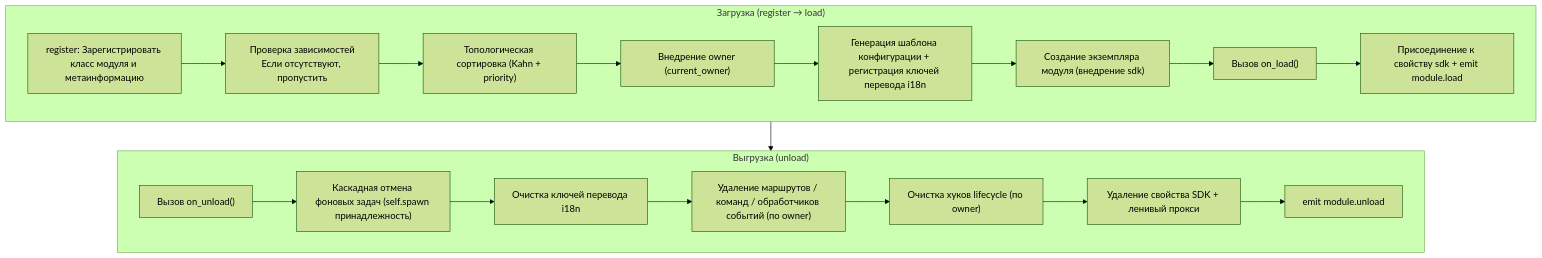
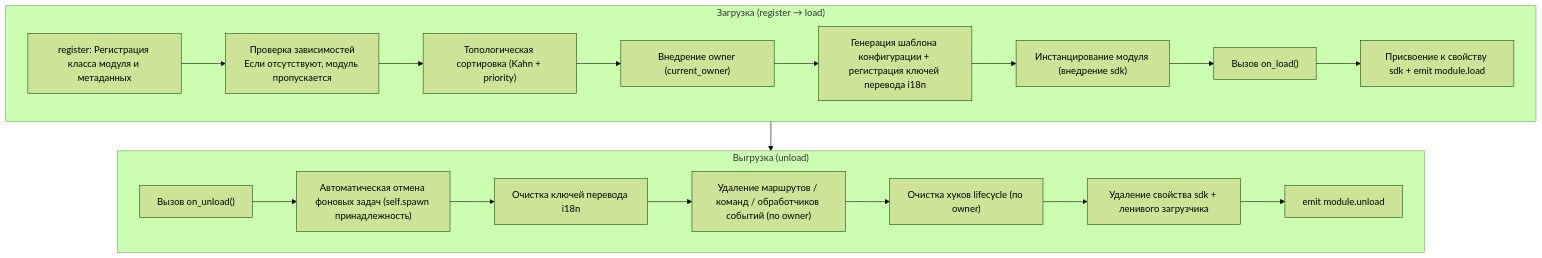
One commit to ErisPulse/ErisPulse changed the diagram in docs/ru/developer-guide/modules/core-concepts.md. Above: the diagram before and after it, drawn with Mermaid (forest theme). The commit also changed other lines of this file and 622 other files, not shown here.

````diff
--- a/docs/ru/developer-guide/modules/core-concepts.md
+++ b/docs/ru/developer-guide/modules/core-concepts.md
@@ -90,23 +90,23 @@
 ```mermaid
 flowchart TD
     subgraph Load["Загрузка (register → load)"]
-        L1["register: Зарегистрировать класс модуля и метаинформацию"] --> L2["Проверка зависимостей<br/>Если отсутствуют, пропустить"]
+        L1["register: Регистрация класса модуля и метаданных"] --> L2["Проверка зависимостей<br/>Если отсутствуют, модуль пропускается"]
         L2 --> L3["Топологическая сортировка (Kahn + priority)"]
         L3 --> L4["Внедрение owner (current_owner)"]
         L4 --> L5["Генерация шаблона конфигурации + регистрация ключей перевода i18n"]
-        L5 --> L6["Создание экземпляра модуля (внедрение sdk)"]
+        L5 --> L6["Инстанцирование модуля (внедрение sdk)"]
         L6 --> L7["Вызов on_load()"]
-        L7 --> L8["Присоединение к свойству sdk + emit module.load"]
+        L7 --> L8["Присвоение к свойству sdk + emit module.load"]
     end
 
     subgraph Unload["Выгрузка (unload)"]
-        U1["Вызов on_unload()"] --> U2["Каскадная отмена фоновых задач (self.spawn принадлежность)"]
+        U1["Вызов on_unload()"] --> U2["Автоматическая отмена фоновых задач (self.spawn принадлежность)"]
         U2 --> U3["Очистка ключей перевода i18n"]
         U3 --> U4["Удаление маршрутов / команд / обработчиков событий (по owner)"]
         U4 --> U5["Очистка хуков lifecycle (по owner)"]
-        U5 --> U6["Удаление свойства SDK + ленивый прокси"]
+        U5 --> U6["Удаление свойства sdk + ленивого загрузчика"]
         U6 --> U7["emit module.unload"]
     end
 
     Load --> Unload
 ```
````
